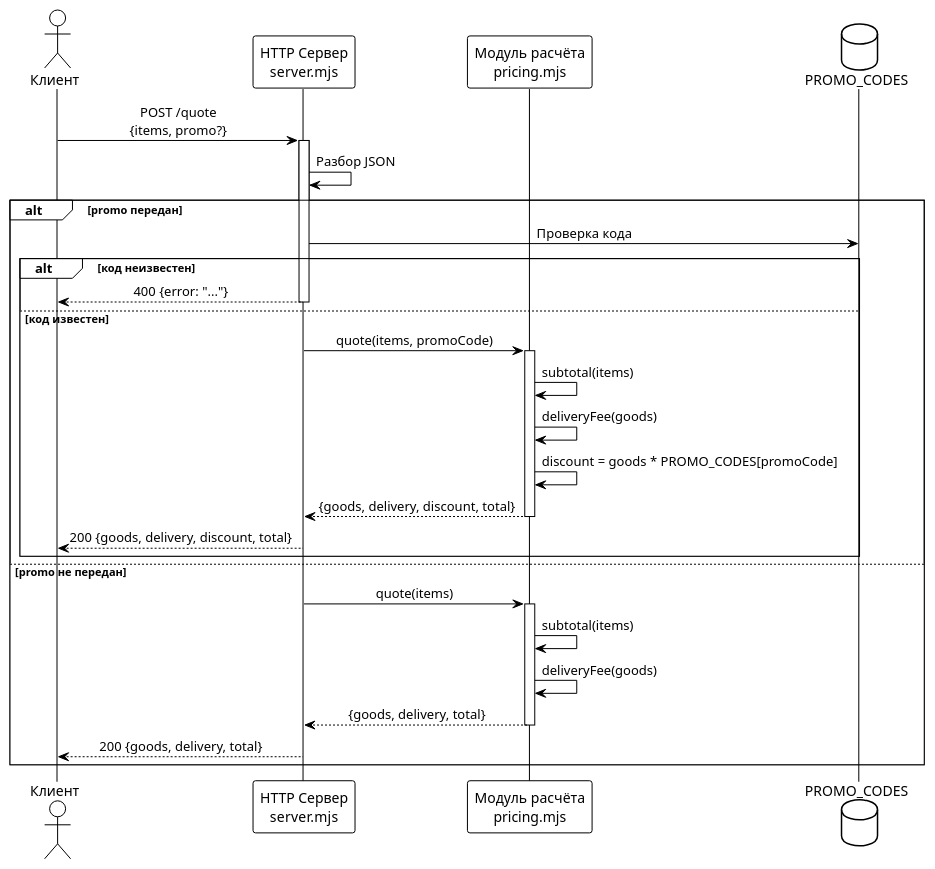
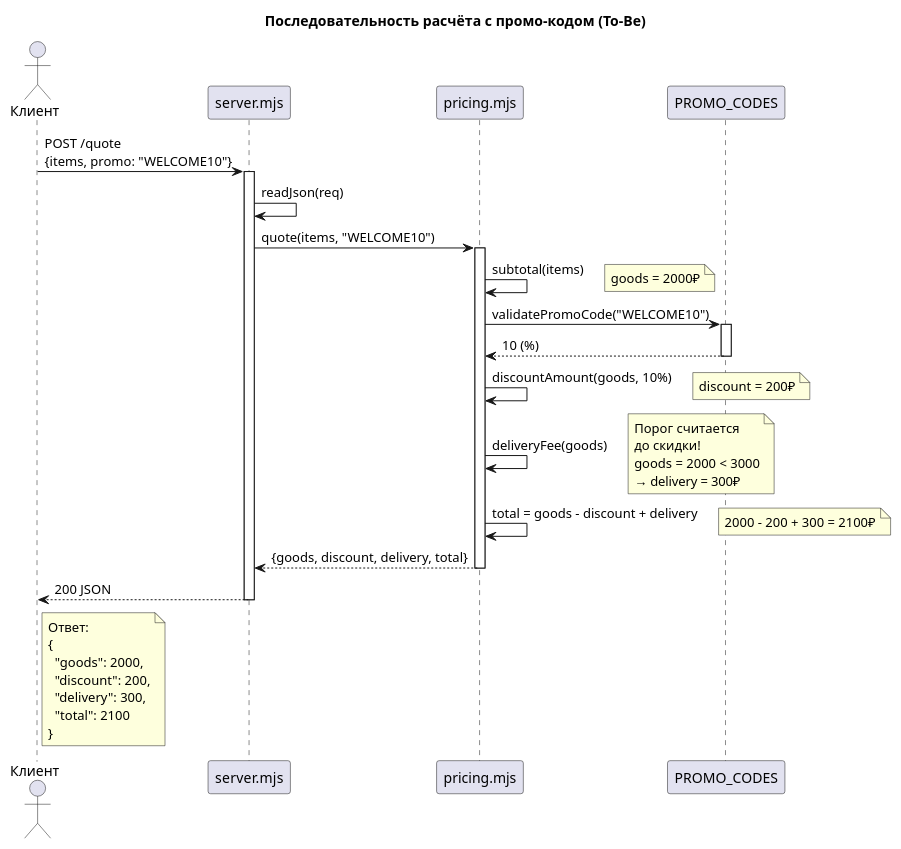
The second of 3 diagrams in sa_documentation/FNR/FNR_1/system_requirements.md (po-helper-org/poh-demo-checkout), drawn with PlantUML before and after one commit. The commit also changed other lines of this file, not shown here.

````diff
--- a/sa_documentation/FNR/FNR_1/system_requirements.md
+++ b/sa_documentation/FNR/FNR_1/system_requirements.md
@@ -186,44 +169,51 @@
 ```plantuml
 @startuml
-!theme plain
-skinparam sequenceMessageAlign center
+title Последовательность расчёта с промо-кодом (To-Be)
 
 actor Клиент as Client
-participant "HTTP Сервер\nserver.mjs" as Server
-participant "Модуль расчёта\npricing.mjs" as Pricing
-database "PROMO_CODES" as Config
+participant Server as "server.mjs"
+participant Pricing as "pricing.mjs"
+participant Config as "PROMO_CODES"
 
-Client -> Server: POST /quote\n{items, promo?}
+Client -> Server: POST /quote\n{items, promo: "WELCOME10"}
 activate Server
 
-Server -> Server: Разбор JSON
+Server -> Server: readJson(req)
+Server -> Pricing: quote(items, "WELCOME10")
+activate Pricing
 
-alt promo передан
-  Server -> Config: Проверка кода
-  alt код неизвестен
-    Server --> Client: 400 {error: "..."}
-    deactivate Server
-  else код известен
-    Server -> Pricing: quote(items, promoCode)
-    activate Pricing
-    Pricing -> Pricing: subtotal(items)
-    Pricing -> Pricing: deliveryFee(goods)
-    Pricing -> Pricing: discount = goods * PROMO_CODES[promoCode]
-    Pricing --> Server: {goods, delivery, discount, total}
-    deactivate Pricing
-    Server --> Client: 200 {goods, delivery, discount, total}
-    deactivate Server
-  end
-else promo не передан
-  Server -> Pricing: quote(items)
-  activate Pricing
-  Pricing -> Pricing: subtotal(items)
-  Pricing -> Pricing: deliveryFee(goods)
-  Pricing --> Server: {goods, delivery, total}
-  deactivate Pricing
-  Server --> Client: 200 {goods, delivery, total}
-  deactivate Server
-end
+Pricing -> Pricing: subtotal(items)
+note right: goods = 2000₽
+
+Pricing -> Config: validatePromoCode("WELCOME10")
+activate Config
+Config --> Pricing: 10 (%)
+deactivate Config
+
+Pricing -> Pricing: discountAmount(goods, 10%)
+note right: discount = 200₽
+
+Pricing -> Pricing: deliveryFee(goods)
+note right: Порог считается\nдо скидки!\ngoods = 2000 < 3000\n→ delivery = 300₽
+
+Pricing -> Pricing: total = goods - discount + delivery
+note right: 2000 - 200 + 300 = 2100₽
+
+Pricing --> Server: {goods, discount, delivery, total}
+deactivate Pricing
+
+Server --> Client: 200 JSON
+deactivate Server
+
+note right of Client
+  Ответ:
+  {
+    "goods": 2000,
+    "discount": 200,
+    "delivery": 300,
+    "total": 2100
+  }
+end note
 
 @enduml
 ```
````
